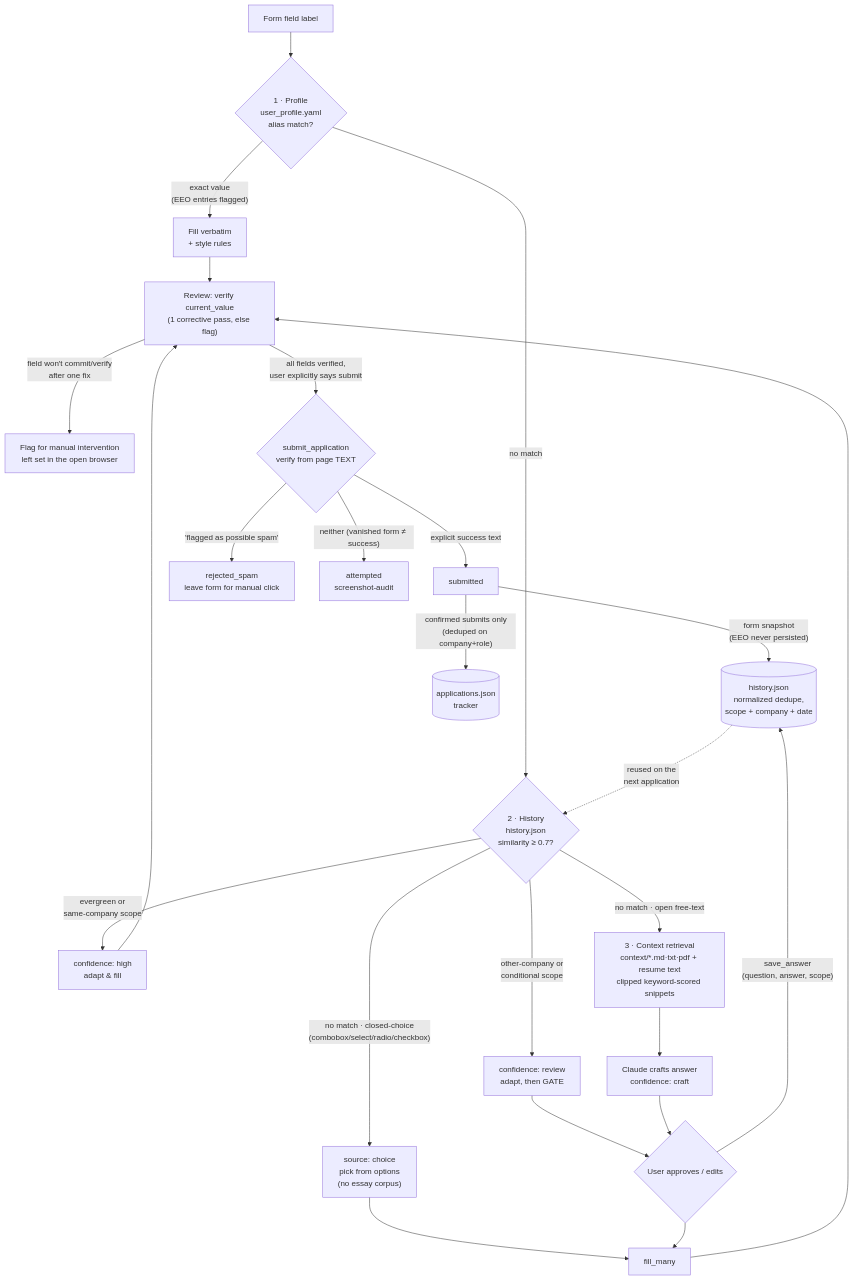
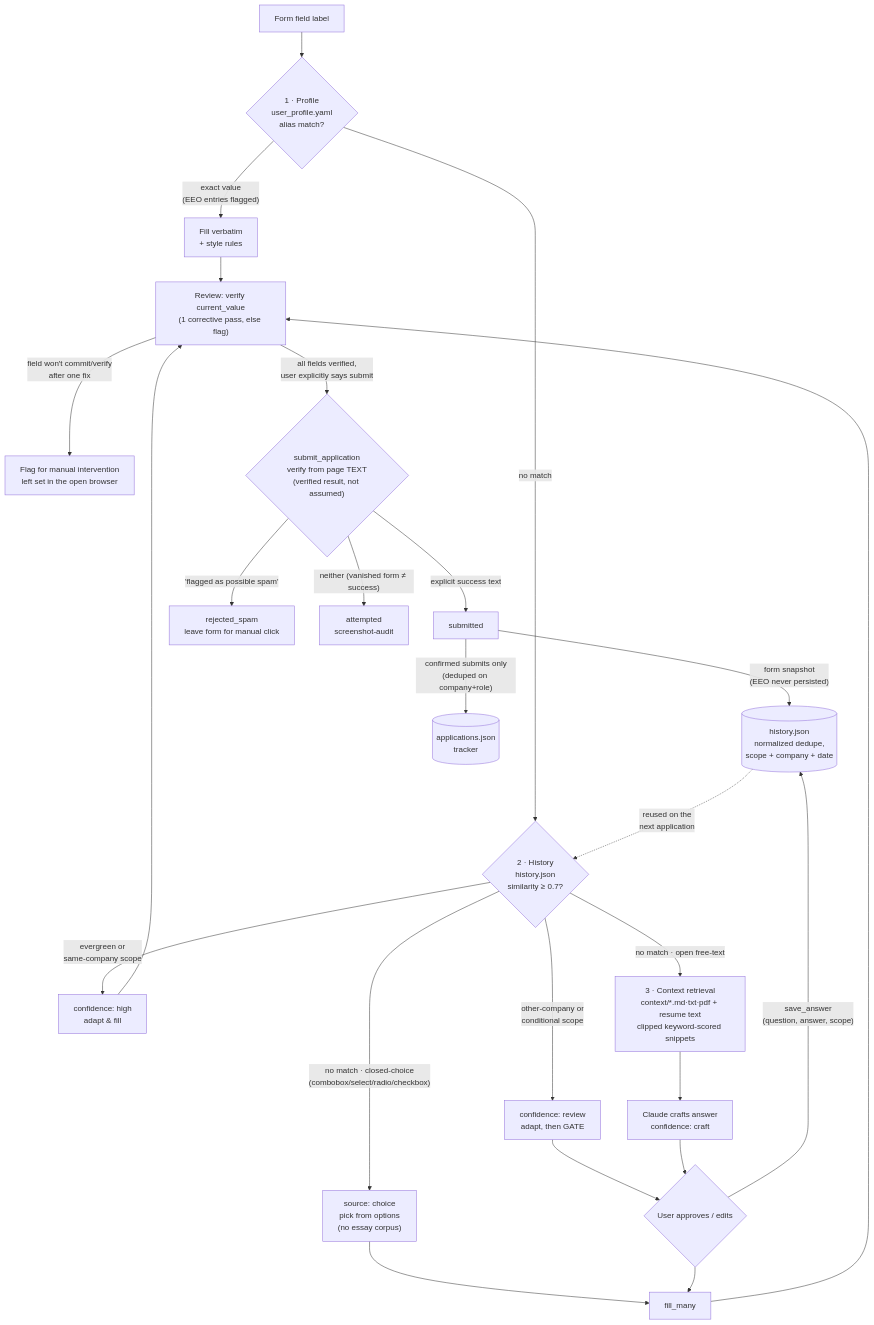
The sixth of 13 diagrams in README.md (sbhaskaran0/job-applier), drawn with Mermaid before and after one commit. The commit also changed other lines of this file and 5 other files, not shown here.

````diff
--- a/README.md
+++ b/README.md
@@ -165,33 +251,33 @@
 ```mermaid
 flowchart TD
     F["Form field label"] --> P{"1 · Profile<br/>user_profile.yaml<br/>alias match?"}
 
     P -- "exact value<br/>(EEO entries flagged)" --> PV["Fill verbatim<br/>+ style rules"]
     P -- "no match" --> H{"2 · History<br/>history.json<br/>similarity ≥ 0.7?"}
 
     H -- "evergreen or<br/>same-company scope" --> HH["confidence: high<br/>adapt & fill"]
     H -- "other-company or<br/>conditional scope" --> HR["confidence: review<br/>adapt, then GATE"]
     H -- "no match · closed-choice<br/>(combobox/select/radio/checkbox)" --> CH["source: choice<br/>pick from options<br/>(no essay corpus)"]
     H -- "no match · open free-text" --> C["3 · Context retrieval<br/>context/*.md·txt·pdf + resume text<br/>clipped keyword-scored snippets"]
 
     CH --> FM
     C --> CR["Claude crafts answer<br/>confidence: craft"]
     HR --> U{"User approves / edits"}
     CR --> U
     U --> FM["fill_many"]
     U -- "save_answer<br/>(question, answer, scope)" --> HIST
 
     PV --> REV["Review: verify current_value<br/>(1 corrective pass, else flag)"]
     HH --> REV
     FM --> REV
 
     REV -- "field won't commit/verify<br/>after one fix" --> RF["Flag for manual intervention<br/>left set in the open browser"]
-    REV -- "all fields verified,<br/>user explicitly says submit" --> S{"submit_application<br/>verify from page TEXT"}
+    REV -- "all fields verified,<br/>user explicitly says submit" --> S{"submit_application<br/>verify from page TEXT<br/>(verified result, not assumed)"}
     S -- "explicit success text" --> SS["submitted"]
     S -- "'flagged as possible spam'" --> SR["rejected_spam<br/>leave form for manual click"]
     S -- "neither (vanished form ≠ success)" --> SA["attempted<br/>screenshot-audit"]
     SS -- "form snapshot<br/>(EEO never persisted)" --> HIST[("history.json<br/>normalized dedupe,<br/>scope + company + date")]
     SS -- "confirmed submits only<br/>(deduped on company+role)" --> APPS[("applications.json<br/>tracker")]
 
     HIST -. "reused on the<br/>next application" .-> H
 ```
````
